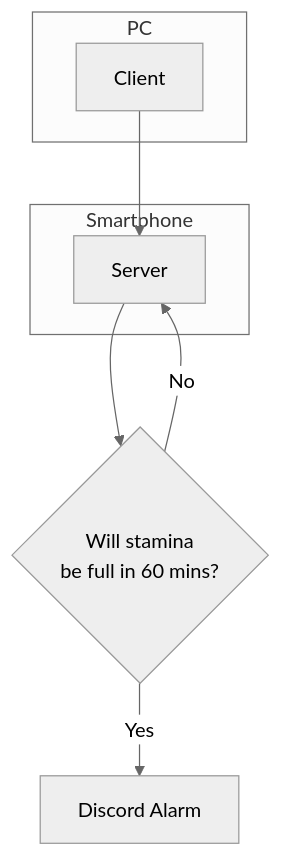
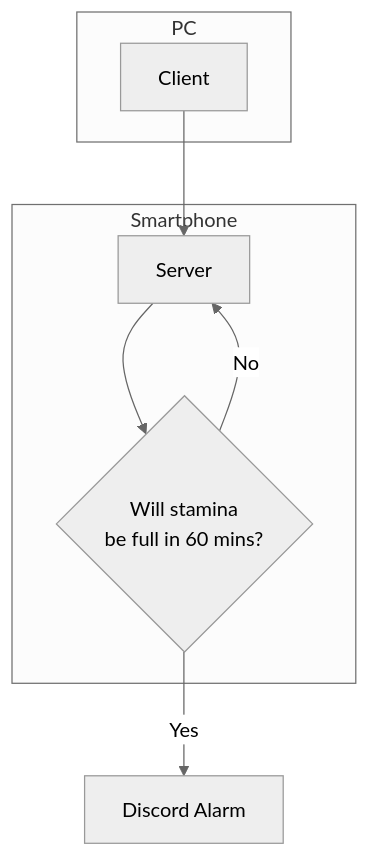
One commit to 201710808/Game-Stamina-Alarm changed the diagram in README.md. Above: the diagram before and after it, drawn with Mermaid (neutral theme). The commit also changed other lines of this file, not shown here.

````diff
--- a/README.md
+++ b/README.md
@@ -3,12 +3,12 @@
 ```mermaid
 graph TB;
     subgraph PC;
     Client;
     end;
     subgraph Smartphone;
     Client-->Server;
+    Server-->Condition{"Will stamina\nbe full in 60 mins?"};
     end;
-    Server-->Condition{"Will stamina\nbe full in 60 mins?"};
     Condition-->|"No"|Server;
     Condition-->|"Yes"|Alarm["Discord Alarm"];
 ```
````
